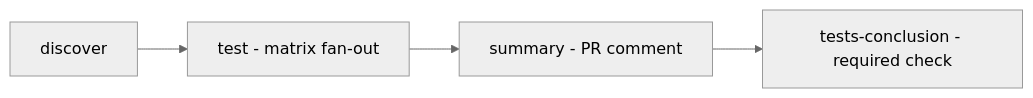
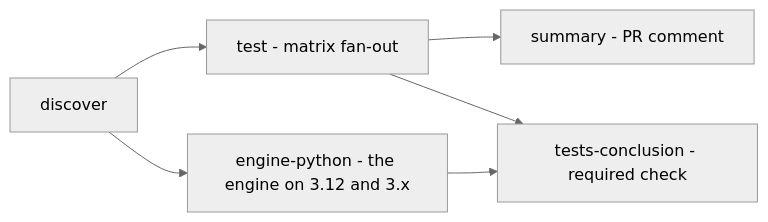
One commit to dsb-norge/github-actions-terraform changed the diagram in docs/Testing-in-ci.md. Above: the diagram before and after it, drawn with Mermaid (neutral theme). The commit also changed other lines of this file and 5 other files, not shown here.

````diff
--- a/docs/Testing-in-ci.md
+++ b/docs/Testing-in-ci.md
@@ -28,6 +28,8 @@
 ```mermaid
 flowchart LR
     discover --> test["test - matrix fan-out"]
+    discover --> python["engine-python - the engine on 3.12 and 3.x"]
     test --> summary["summary - PR comment"]
-    summary --> conclusion["tests-conclusion - required check"]
+    test --> conclusion["tests-conclusion - required check"]
+    python --> conclusion
 ```
````
